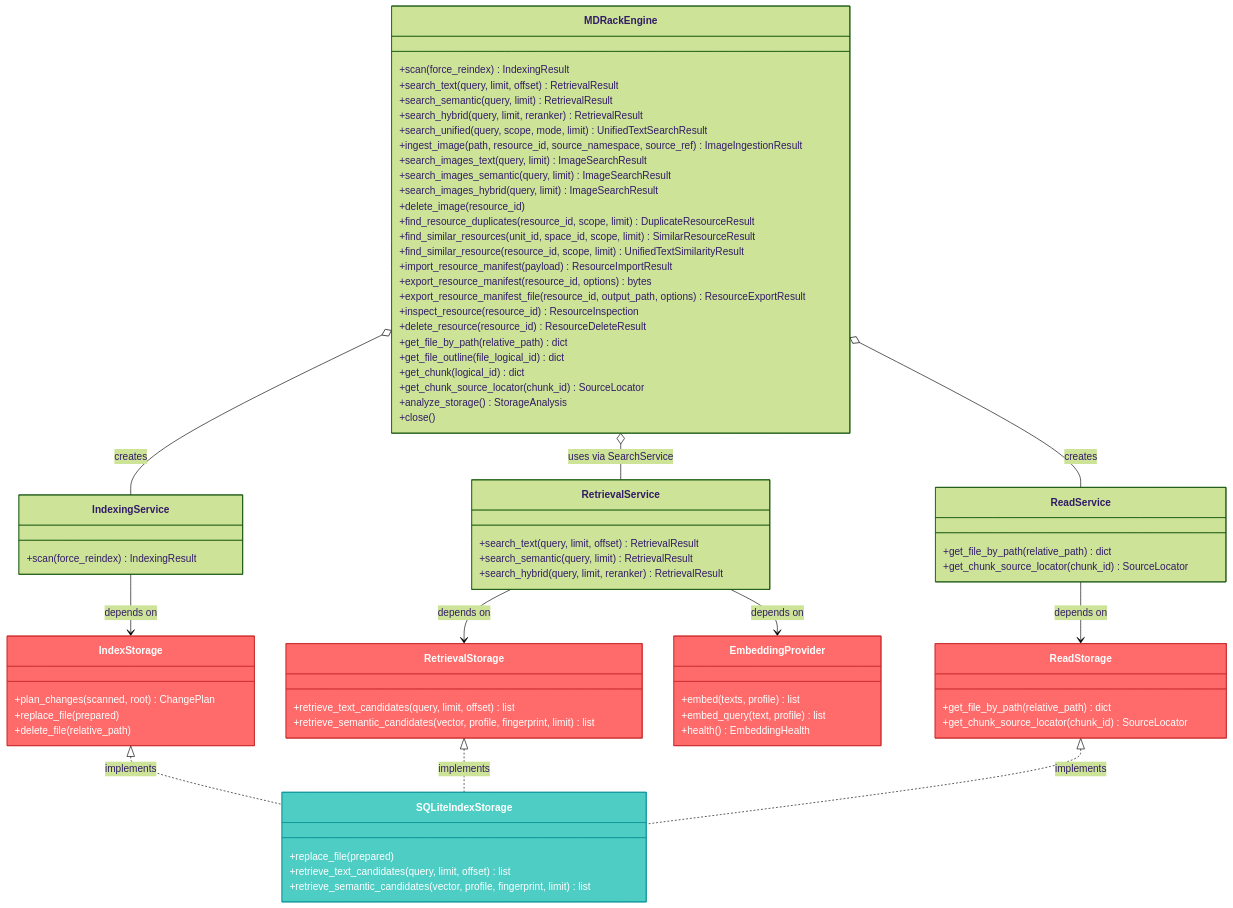
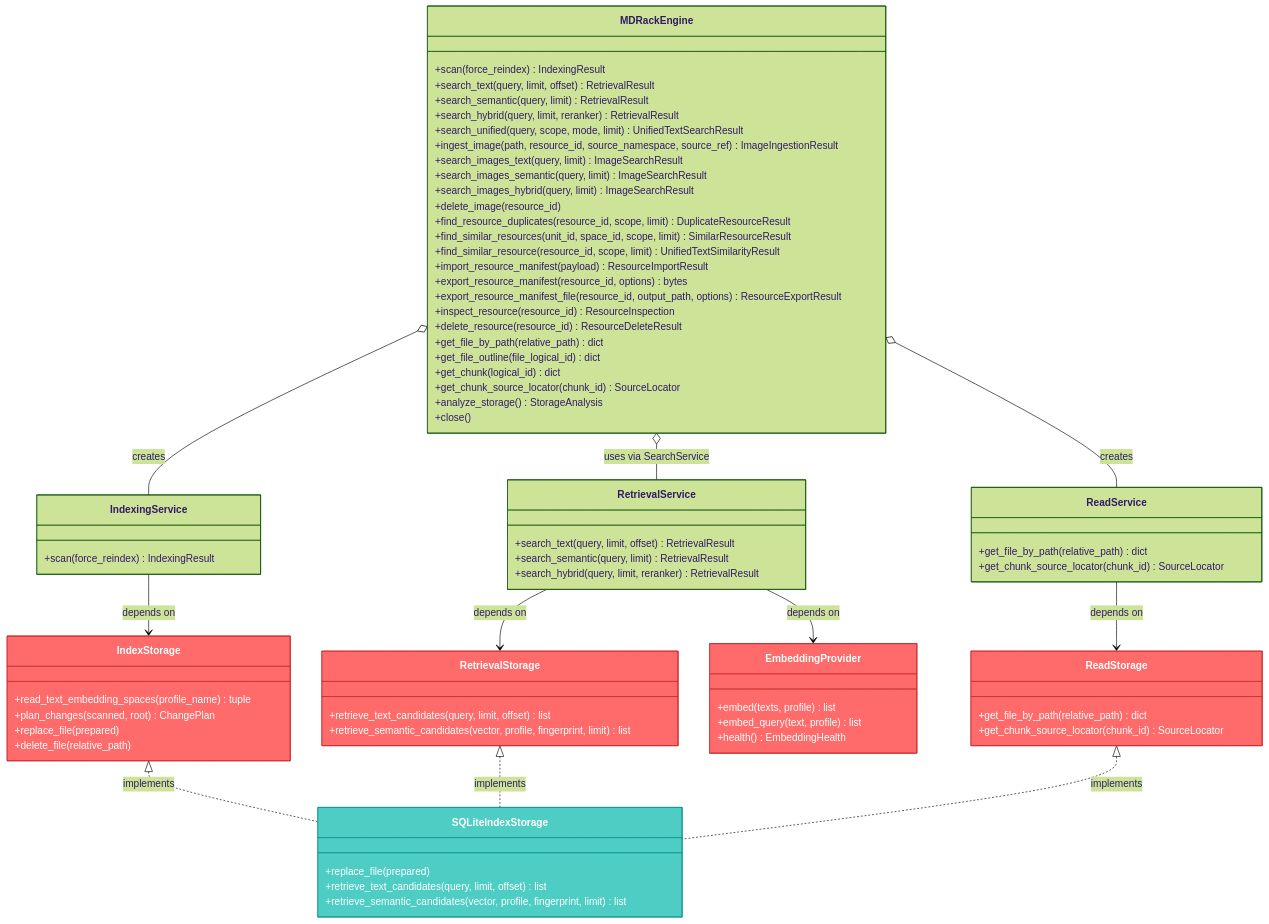
The diagram in docs/current-architecture/public-interfaces.md (VladimirMonin/MDRack), drawn with Mermaid (forest theme) before and after one commit. The commit also changed other lines of this file and 21 other files, not shown here.

```diff
--- a/docs/current-architecture/public-interfaces.md
+++ b/docs/current-architecture/public-interfaces.md
@@ -130,6 +130,7 @@
     }
 
     class IndexStorage {
+        +read_text_embedding_spaces(profile_name) tuple
         +plan_changes(scanned, root) ChangePlan
         +replace_file(prepared)
         +delete_file(relative_path)
```
